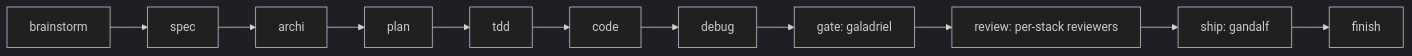
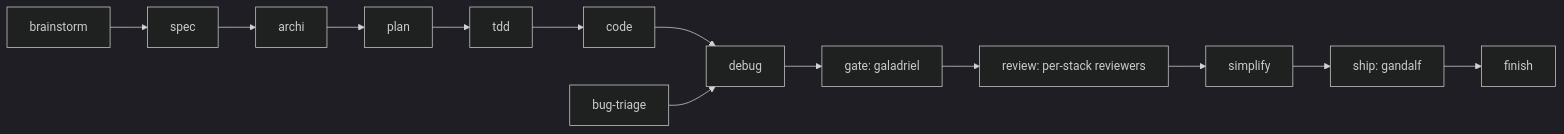
The diagram in README.md (techmefr/mentis), drawn with Mermaid (dark theme) before and after one commit. The commit also changed other lines of this file and 12 other files, not shown here.

````diff
--- a/README.md
+++ b/README.md
@@ -51,13 +60,15 @@
 ```mermaid
 flowchart LR
     A[brainstorm] --> B[spec]
     B --> C[archi]
     C --> D[plan]
     D --> E[tdd]
     E --> F[code]
     F --> G[debug]
     G --> H[gate: galadriel]
     H --> I[review: per-stack reviewers]
-    I --> J[ship: gandalf]
-    J --> K[finish]
+    I --> J[simplify]
+    J --> K[ship: gandalf]
+    K --> L[finish]
+    R[bug-triage] --> G
 ```
````
